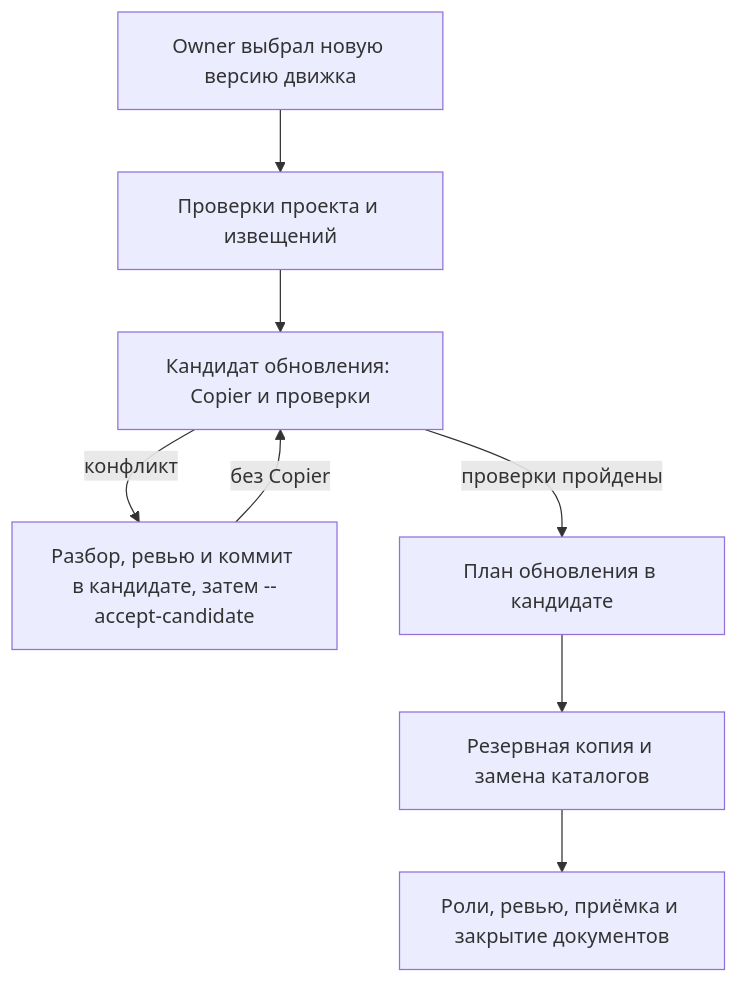
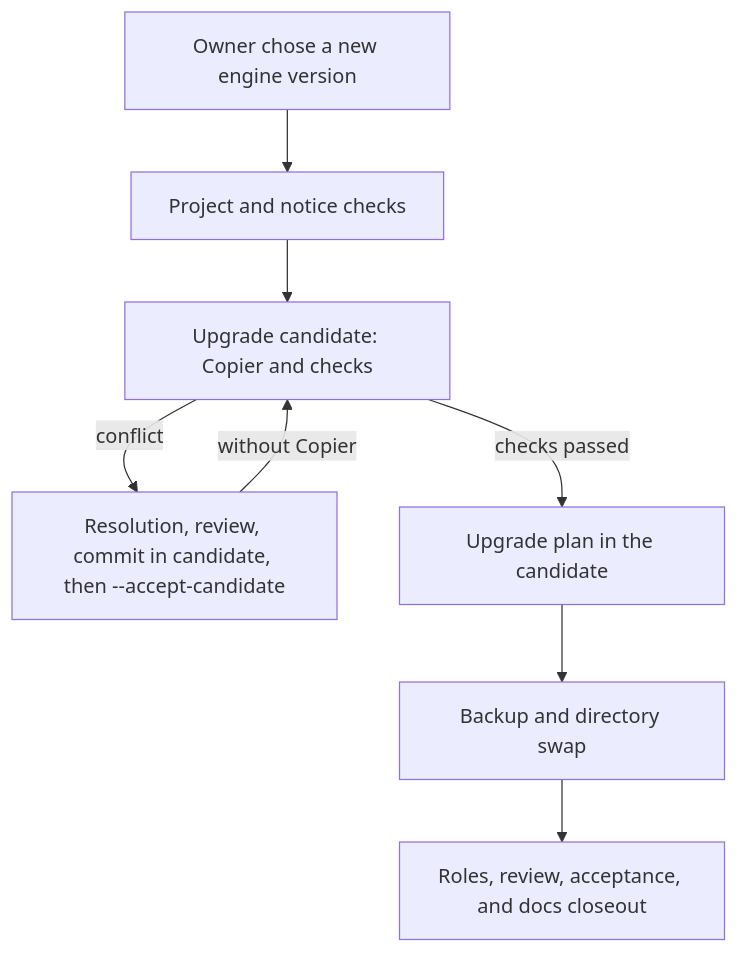
One commit to planveyor/planveyor changed the diagram in docs/guides/learn/assets/sibling-lifecycle-2.mmd. Above: the diagram before and after it, drawn with Mermaid. The commit also changed 124 other files, not shown here.

```diff
--- a/docs/guides/learn/assets/sibling-lifecycle-2.mmd
+++ b/docs/guides/learn/assets/sibling-lifecycle-2.mmd
@@ -1,8 +1,8 @@
 flowchart TB
-A["Owner выбрал новую версию движка"] --> B["Проверки проекта и извещений"]
-B --> C["Кандидат обновления: Copier и проверки"]
-C -->|"конфликт"| D["Разбор, ревью и коммит в кандидате, затем --accept-candidate"]
-D -->|"без Copier"| C
-C -->|"проверки пройдены"| E["План обновления в кандидате"]
-E --> F["Резервная копия и замена каталогов"]
-F --> G["Роли, ревью, приёмка и закрытие документов"]
+A["Owner chose a new engine version"] --> B["Project and notice checks"]
+B --> C["Upgrade candidate: Copier and checks"]
+C -->|"conflict"| D["Resolution, review, commit in candidate, then --accept-candidate"]
+D -->|"without Copier"| C
+C -->|"checks passed"| E["Upgrade plan in the candidate"]
+E --> F["Backup and directory swap"]
+F --> G["Roles, review, acceptance, and docs closeout"]
```
